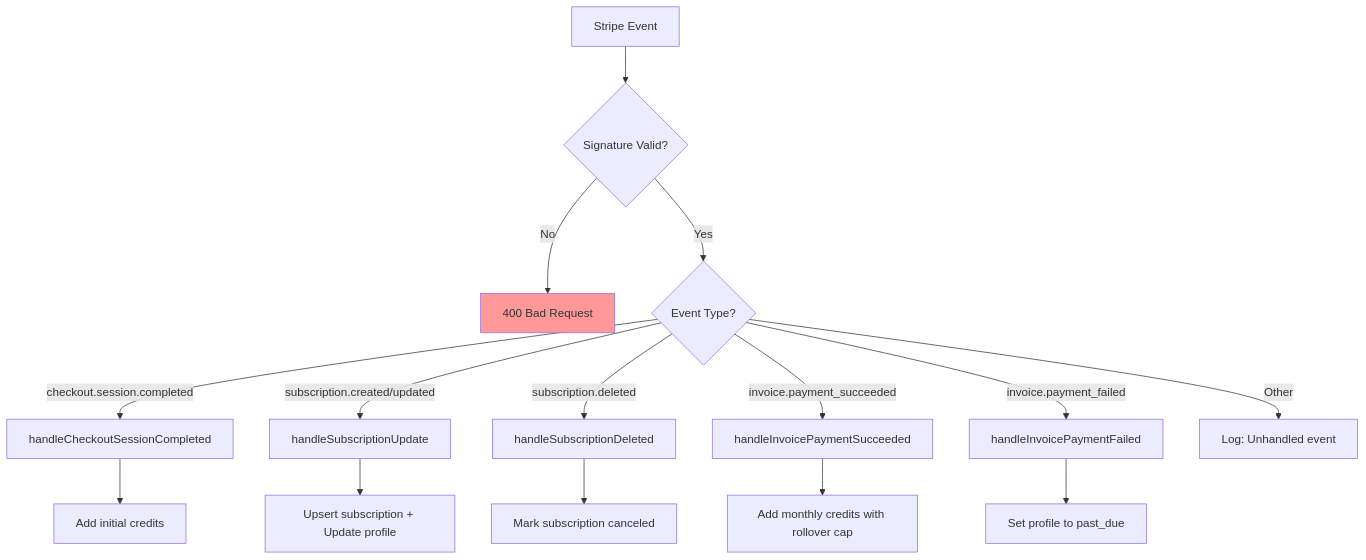
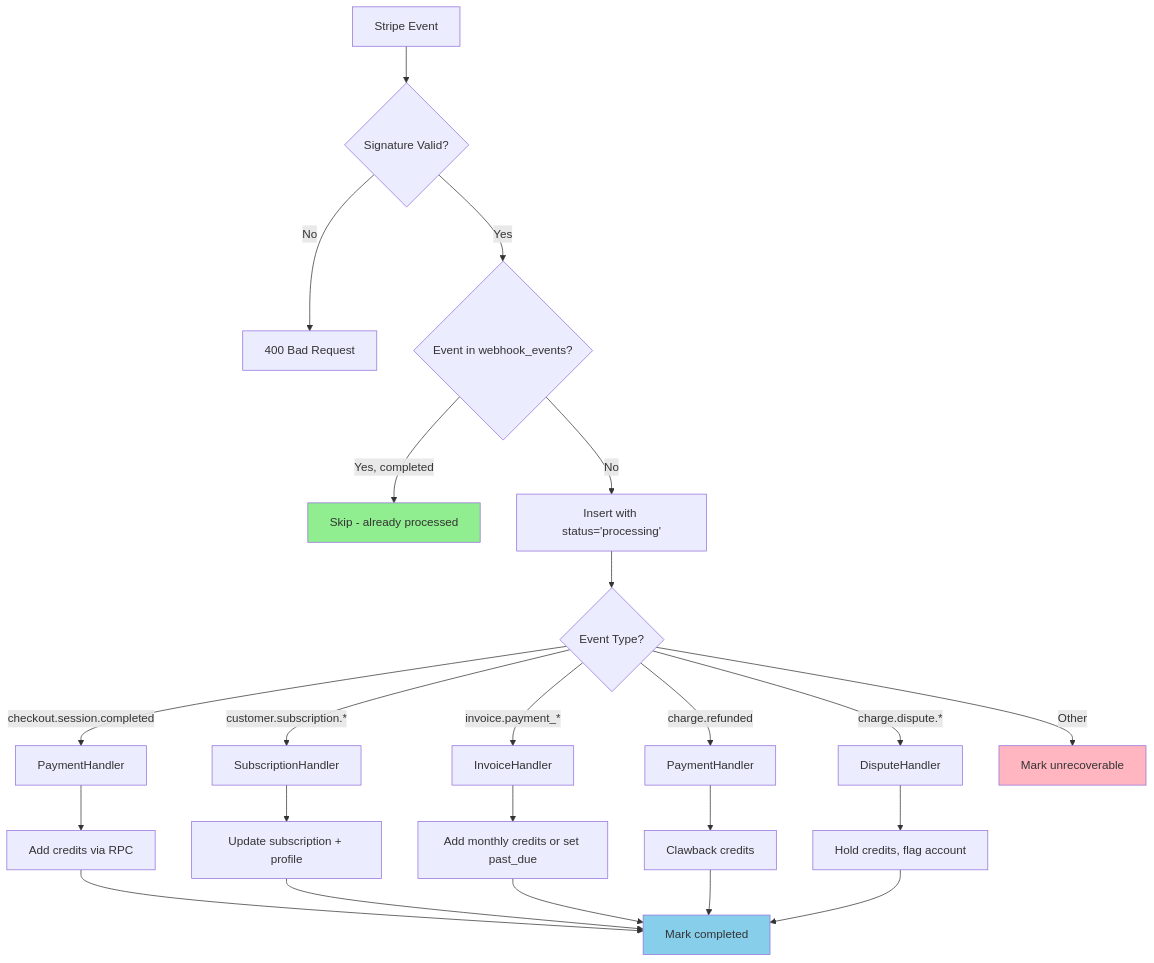
One commit to ColdstartLabs-ca/astro-saas-boilerplate changed the fifth of 7 diagrams in docs/technical/systems/subscription-system.md. Above: the diagram before and after it, drawn with Mermaid. The commit also changed other lines of this file and 8 other files, not shown here.

````diff
--- a/docs/technical/systems/subscription-system.md
+++ b/docs/technical/systems/subscription-system.md
@@ -488,21 +466,33 @@
 ```mermaid
 flowchart TD
     A[Stripe Event] --> B{Signature Valid?}
     B -->|No| C[400 Bad Request]
-    B -->|Yes| D{Event Type?}
+    B -->|Yes| D{Event in webhook_events?}
 
-    D -->|checkout.session.completed| E[handleCheckoutSessionCompleted]
-    D -->|subscription.created/updated| F[handleSubscriptionUpdate]
-    D -->|subscription.deleted| G[handleSubscriptionDeleted]
-    D -->|invoice.payment_succeeded| H[handleInvoicePaymentSucceeded]
-    D -->|invoice.payment_failed| I[handleInvoicePaymentFailed]
-    D -->|Other| J[Log: Unhandled event]
+    D -->|Yes, completed| E[Skip - already processed]
+    D -->|No| F[Insert with status='processing']
 
-    E --> K[Add initial credits]
-    F --> L[Upsert subscription + Update profile]
-    G --> M[Mark subscription canceled]
-    H --> N[Add monthly credits with rollover cap]
-    I --> O[Set profile to past_due]
+    F --> G{Event Type?}
+    G -->|checkout.session.completed| H[PaymentHandler]
+    G -->|customer.subscription.*| I[SubscriptionHandler]
+    G -->|invoice.payment_*| J[InvoiceHandler]
+    G -->|charge.refunded| K[PaymentHandler]
+    G -->|charge.dispute.*| L[DisputeHandler]
+    G -->|Other| M[Mark unrecoverable]
 
-    style C fill:#ff9999
+    H --> N[Add credits via RPC]
+    I --> O[Update subscription + profile]
+    J --> P[Add monthly credits or set past_due]
+    K --> Q[Clawback credits]
+    L --> R[Hold credits, flag account]
+
+    N --> S[Mark completed]
+    O --> S
+    P --> S
+    Q --> S
+    R --> S
+
+    style E fill:#90EE90
+    style M fill:#FFB6C1
+    style S fill:#87CEEB
 ```
````
